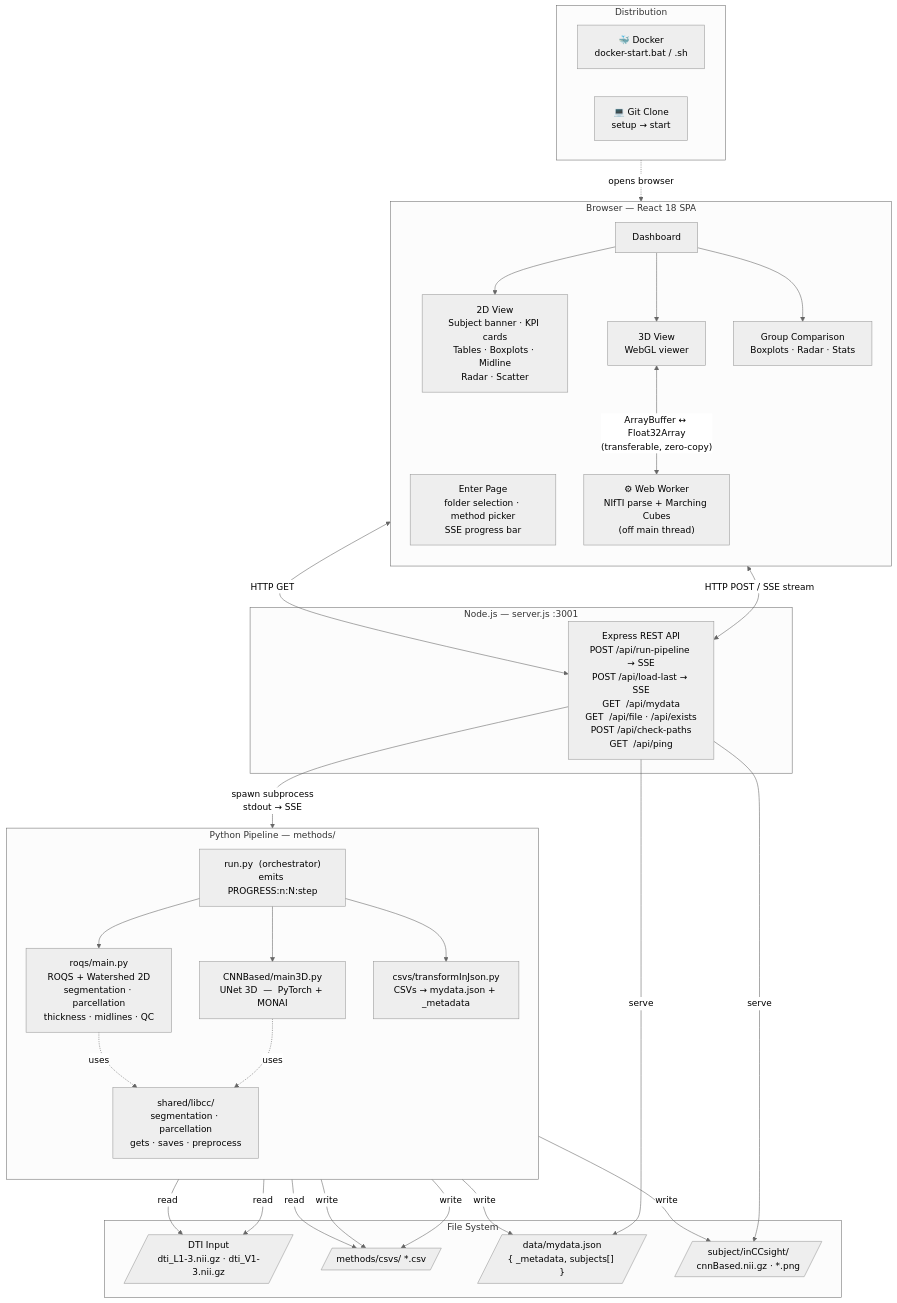
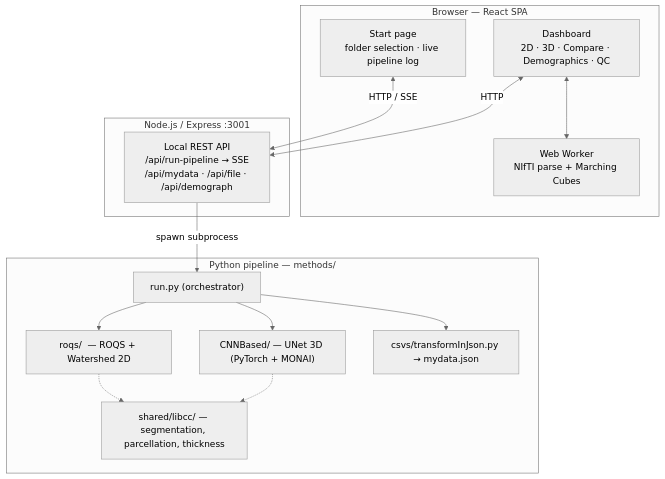
The diagram in README.md (Archesz/inCCsight), drawn with Mermaid (neutral theme) before and after one commit. The commit also changed other lines of this file and 2 other files, not shown here.

````diff
--- a/README.md
+++ b/README.md
@@ -13,53 +306,24 @@
 ```mermaid
 flowchart TB
-    subgraph DIST ["Distribution"]
-        direction LR
-        DOCKER["🐳 Docker\ndocker-start.bat / .sh"]
-        CLONE["💻 Git Clone\nsetup → start"]
+    subgraph BROWSER ["Browser — React SPA"]
+        ENTER["Start page\nfolder selection · live pipeline log"]
+        DASH["Dashboard\n2D · 3D · Compare · Demographics · QC"]
+        WORKER["Web Worker\nNIfTI parse + Marching Cubes"]
+        DASH <--> WORKER
     end
-
-    subgraph BROWSER ["Browser — React 18 SPA"]
-        direction TB
-        ENTER["Enter Page\nfolder selection · method picker\nSSE progress bar"]
-        DASH["Dashboard"]
-        V2D["2D View\nSubject banner · KPI cards\nTables · Boxplots · Midline\nRadar · Scatter"]
-        V3D["3D View\nWebGL viewer"]
-        VCMP["Group Comparison\nBoxplots · Radar · Stats"]
-        WORKER["⚙ Web Worker\nNIfTI parse + Marching Cubes\n(off main thread)"]
-        DASH --> V2D & V3D & VCMP
-        V3D <-->|"ArrayBuffer ↔ Float32Array\n(transferable, zero-copy)"| WORKER
+    subgraph SERVER ["Node.js / Express  :3001"]
+        API["Local REST API\n/api/run-pipeline → SSE\n/api/mydata · /api/file · /api/demograph"]
     end
-
-    subgraph SERVER ["Node.js — server.js  :3001"]
-        API["Express REST API\nPOST /api/run-pipeline → SSE\nPOST /api/load-last → SSE\nGET  /api/mydata\nGET  /api/file · /api/exists\nPOST /api/check-paths\nGET  /api/ping"]
+    subgraph PIPELINE ["Python pipeline — methods/"]
+        RUN["run.py (orchestrator)"]
+        ROQS["roqs/  — ROQS + Watershed 2D"]
+        CNN["CNNBased/ — UNet 3D (PyTorch + MONAI)"]
+        CONV["csvs/transformInJson.py → mydata.json"]
+        LIB["shared/libcc/ — segmentation, parcellation, thickness"]
+        RUN --> ROQS & CNN & CONV
+        ROQS & CNN -.-> LIB
     end
-
-    subgraph PIPELINE ["Python Pipeline — methods/"]
-        direction TB
-        RUN["run.py  (orchestrator)\nemits PROGRESS:n:N:step"]
-        ROQS["roqs/main.py\nROQS + Watershed 2D\nsegmentation · parcellation\nthickness · midlines · QC"]
-        CNN["CNNBased/main3D.py\nUNet 3D  —  PyTorch + MONAI"]
-        CONV["csvs/transformInJson.py\nCSVs → mydata.json + _metadata"]
-        LIB["shared/libcc/\nsegmentation · parcellation\ngets · saves · preprocess"]
-        RUN --> ROQS & CNN & CONV
-        ROQS & CNN -.->|uses| LIB
-    end
-
-    subgraph DISK ["File System"]
-        DTI[/"DTI Input\ndti_L1-3.nii.gz · dti_V1-3.nii.gz"/]
-        CSV[/"methods/csvs/  *.csv"/]
-        JSON[/"data/mydata.json\n{ _metadata, subjects[] }"/]
-        NII[/"subject/inCCsight/\ncnnBased.nii.gz · *.png"/]
-    end
-
-    DIST -.->|"opens browser"| BROWSER
-    ENTER <-->|"HTTP POST / SSE stream"| API
-    DASH  <-->|"HTTP GET"| API
-    API -->|"spawn subprocess\nstdout → SSE"| RUN
-    API -->|"serve"| JSON & NII
-    ROQS & CNN -->|read| DTI
-    ROQS       -->|write| CSV
-    CNN        -->|write| CSV & NII
-    CONV       -->|read| CSV
-    CONV       -->|write| JSON
+    ENTER <-->|HTTP / SSE| API
+    DASH  <-->|HTTP| API
+    API -->|spawn subprocess| RUN
 ```
````
